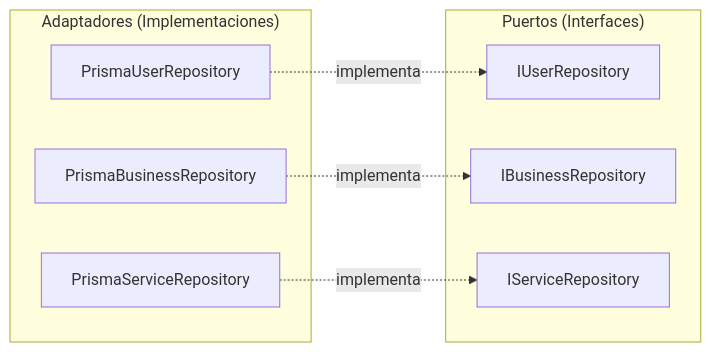
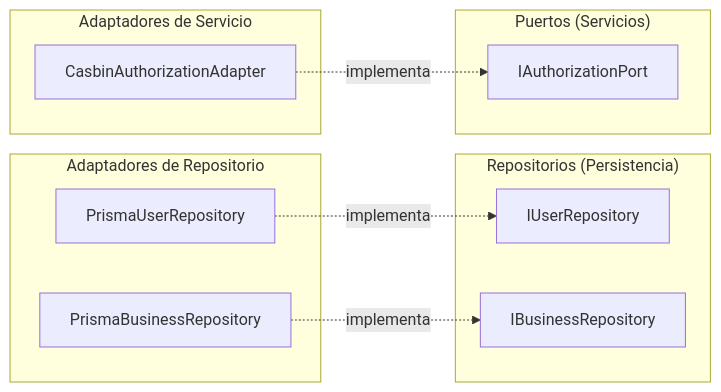
Before and after one commit to lehi10/tuagenda: the third of 6 diagrams in docs/docs/architecture/hexagonal.md, drawn with Mermaid. The commit also changed other lines of this file and 10 other files, not shown here.

First line of the commit message:
Implements authorization using Casbin RBAC

````diff
--- a/docs/docs/architecture/hexagonal.md
+++ b/docs/docs/architecture/hexagonal.md
@@ -141,18 +163,24 @@
 ```mermaid
 flowchart LR
-    subgraph Ports["Puertos (Interfaces)"]
+    subgraph Repositories["Repositorios (Persistencia)"]
         IUser["IUserRepository"]
         IBusiness["IBusinessRepository"]
-        IService["IServiceRepository"]
     end
 
-    subgraph Adapters["Adaptadores (Implementaciones)"]
+    subgraph Ports["Puertos (Servicios)"]
+        IAuth["IAuthorizationPort"]
+    end
+
+    subgraph RepoAdapters["Adaptadores de Repositorio"]
         PUser["PrismaUserRepository"]
         PBusiness["PrismaBusinessRepository"]
-        PService["PrismaServiceRepository"]
+    end
+
+    subgraph ServiceAdapters["Adaptadores de Servicio"]
+        CasbinAuth["CasbinAuthorizationAdapter"]
     end
 
     PUser -.->|implementa| IUser
     PBusiness -.->|implementa| IBusiness
-    PService -.->|implementa| IService
+    CasbinAuth -.->|implementa| IAuth
 ```
````
